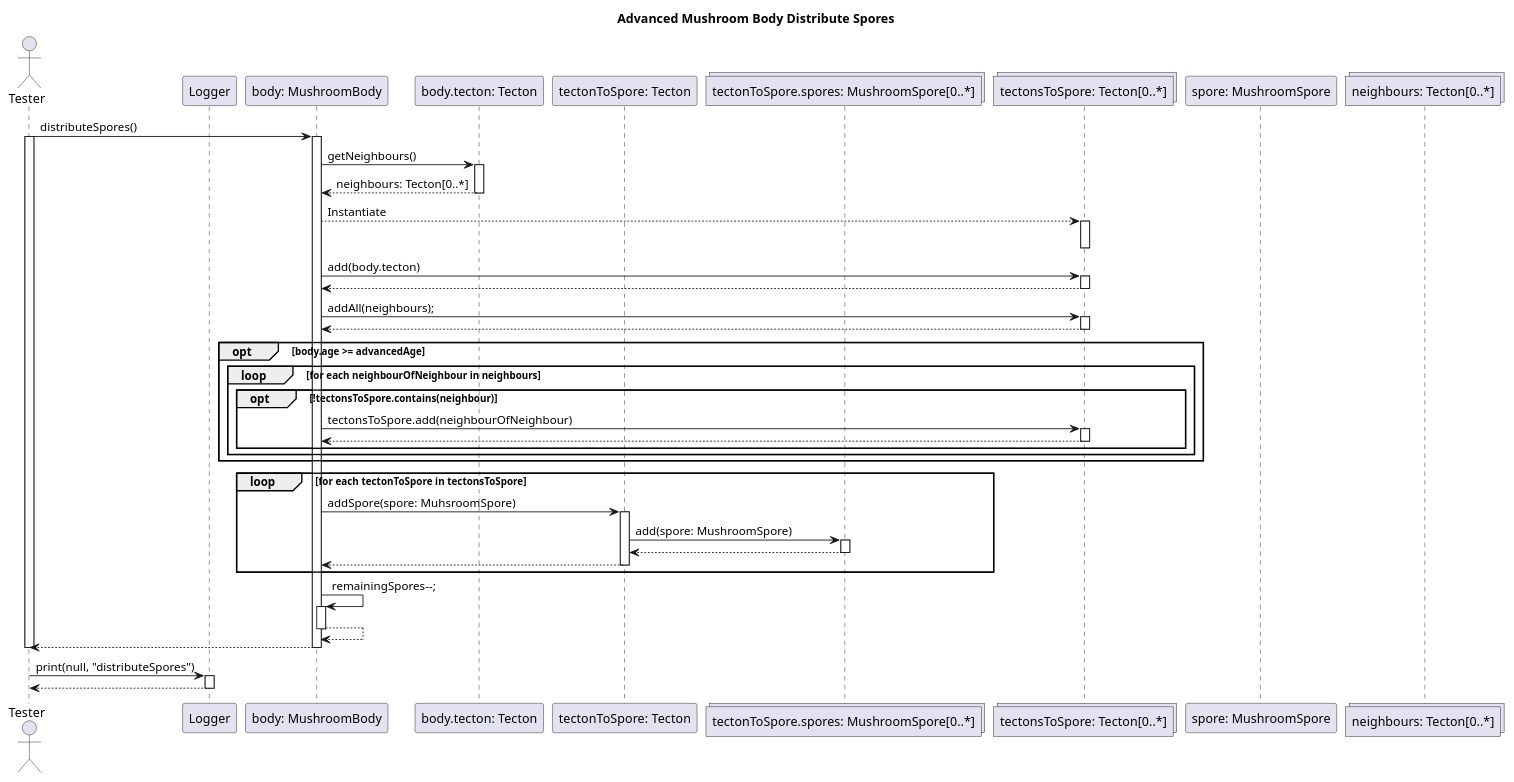
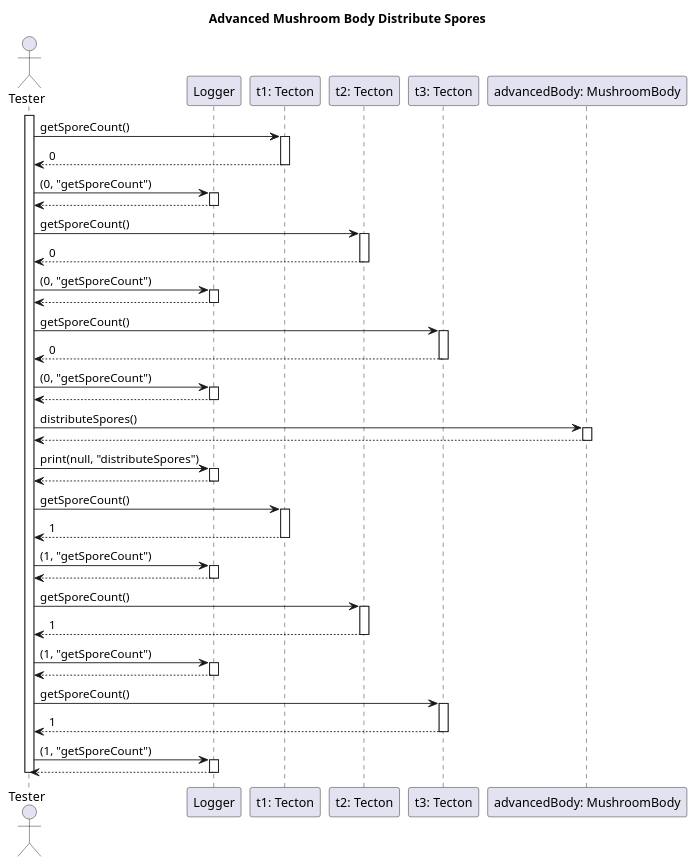
The diagram in diagrams/test-sequence/mushroom/advancedMushroomBodyDistributeSpores.wsd (dzsem/projlab), drawn with PlantUML before and after one commit.

Commit message:
Fixed advanced mushroom distribute spore sd

```diff
--- a/diagrams/test-sequence/mushroom/advancedMushroomBodyDistributeSpores.wsd
+++ b/diagrams/test-sequence/mushroom/advancedMushroomBodyDistributeSpores.wsd
@@ -1,79 +1,88 @@
 @startuml Advanced Mushroom Body Distribute Spores
 
 title Advanced Mushroom Body Distribute Spores
 
 actor "Tester" as tester
 
 participant "Logger" as logger
 
-participant "body: MushroomBody" as body
-participant "body.tecton: Tecton" as tecton
-participant "tectonToSpore: Tecton" as tectonToSpore
-collections "tectonToSpore.spores: MushroomSpore[0..*]" as spores
-collections "tectonsToSpore: Tecton[0..*]" as tectons 
+participant "t1: Tecton" as t1
+participant "t2: Tecton" as t2
+participant "t3: Tecton" as t3
 
-participant "spore: MushroomSpore"
-collections "neighbours: Tecton[0..*]"
+participant "advancedBody: MushroomBody" as amb
 
-tester -> body : distributeSpores()
 activate tester
-activate body
 
-body -> tecton : getNeighbours()
+tester -> t1: getSporeCount()
+activate t1
+t1 --> tester: 0
+deactivate t1
 
-activate tecton
-tecton --> body : neighbours: Tecton[0..*]
-deactivate tecton
+tester -> logger: (0, "getSporeCount")
+activate logger
+logger --> tester
+deactivate logger
 
-body --> tectons: Instantiate
-activate tectons
-deactivate tectons
-    body -> tectons: add(body.tecton)
-    activate tectons
-    tectons --> body
-    deactivate tectons
-    
-    body -> tectons: addAll(neighbours);
-    activate tectons
-    tectons --> body
-    deactivate tectons
+tester -> t2: getSporeCount()
+activate t2
+t2 --> tester: 0
+deactivate t2
 
-    opt body.age >= advancedAge
-        loop for each neighbourOfNeighbour in neighbours
-            opt !tectonsToSpore.contains(neighbour)
-                body -> tectons: tectonsToSpore.add(neighbourOfNeighbour)
-                activate tectons
-                tectons --> body
-                deactivate tectons
-            end
-        end
-    end
+tester -> logger: (0, "getSporeCount")
+activate logger
+logger --> tester
+deactivate logger
 
-    loop for each tectonToSpore in tectonsToSpore
-        body -> tectonToSpore : addSpore(spore: MuhsroomSpore)
-        activate tectonToSpore
+tester -> t3: getSporeCount()
+activate t3
+t3 --> tester: 0
+deactivate t3
 
-        tectonToSpore -> spores: add(spore: MushroomSpore)
-        activate spores
-        spores --> tectonToSpore
-        deactivate spores
+tester -> logger: (0, "getSporeCount")
+activate logger
+logger --> tester
+deactivate logger
 
-        tectonToSpore --> body 
-        deactivate tectonToSpore
-    end
-
-    body -> body: remainingSpores--;
-    activate body
-    body --> body
-    deactivate body
-
-tester <-- body
-deactivate body
-deactivate tester
+tester -> amb: distributeSpores() 
+activate amb
+amb --> tester
+deactivate amb
 
 tester -> logger: print(null, "distributeSpores")
 activate logger
 logger --> tester
 deactivate logger
 
+tester -> t1: getSporeCount()
+activate t1
+t1 --> tester: 1
+deactivate t1
+
+tester -> logger: (1, "getSporeCount")
+activate logger
+logger --> tester
+deactivate logger
+
+tester -> t2: getSporeCount()
+activate t2
+t2 --> tester: 1
+deactivate t2
+
+tester -> logger: (1, "getSporeCount")
+activate logger
+logger --> tester
+deactivate logger
+
+tester -> t3: getSporeCount()
+activate t3
+t3 --> tester: 1
+deactivate t3
+
+tester -> logger: (1, "getSporeCount")
+activate logger
+logger --> tester
+deactivate logger
+
+deactivate tester
 @enduml
```
